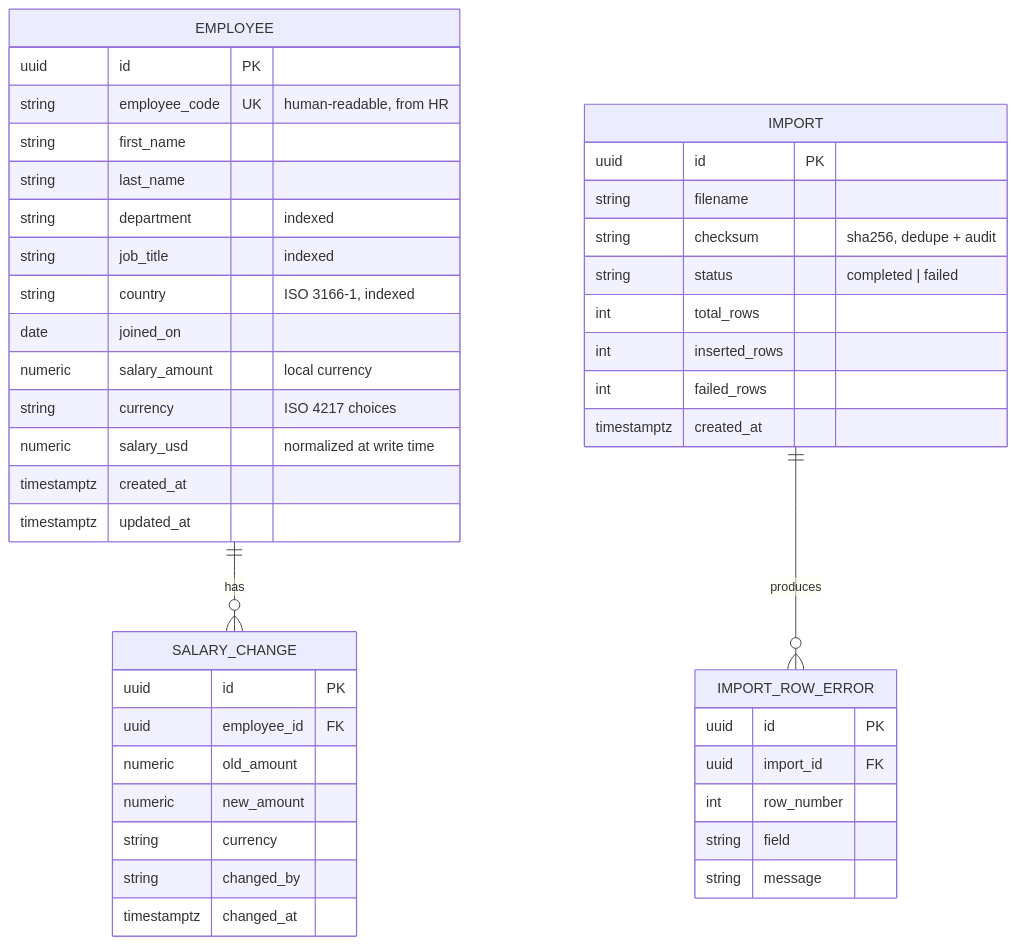
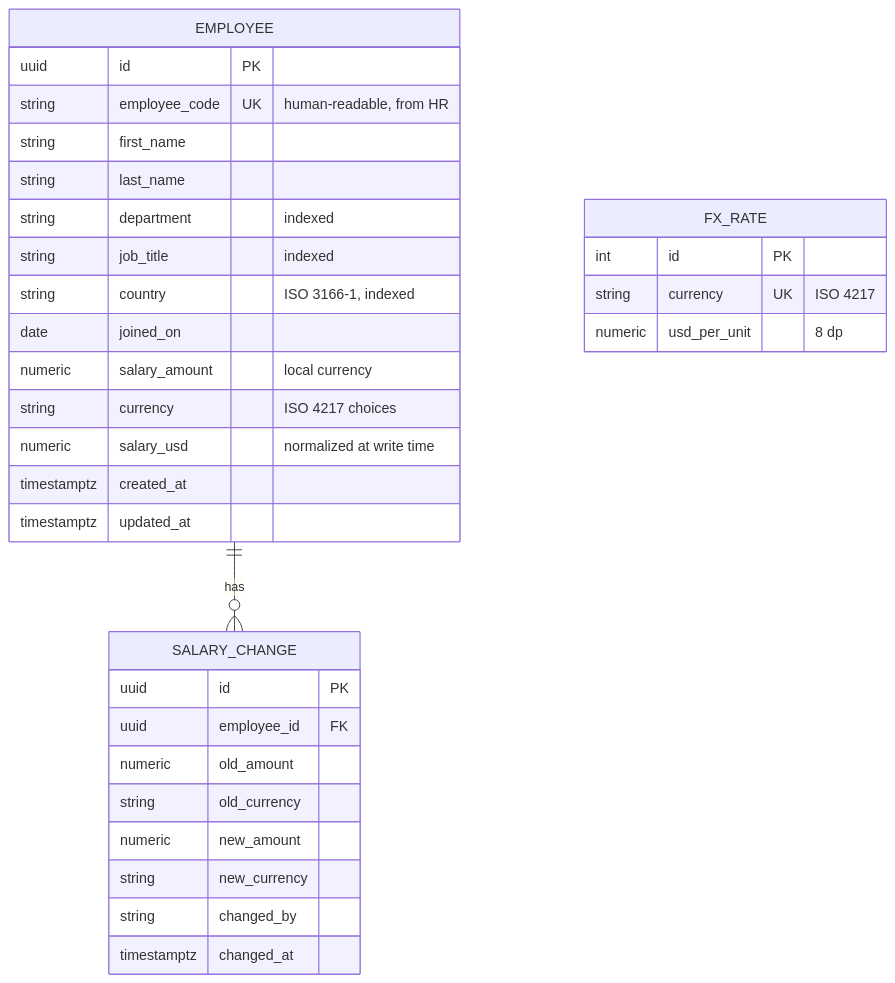
Before and after one commit to kunal-kejriwal/acme-salary: the second of 2 diagrams in docs/ARCHITECTURE.md, drawn with Mermaid. The commit also changed other lines of this file and 10 other files, not shown here.

````diff
--- a/docs/ARCHITECTURE.md
+++ b/docs/ARCHITECTURE.md
@@ -43,46 +44,34 @@
 ```mermaid
 erDiagram
     EMPLOYEE ||--o{ SALARY_CHANGE : has
-    IMPORT ||--o{ IMPORT_ROW_ERROR : produces
     EMPLOYEE {
         uuid id PK
         string employee_code UK "human-readable, from HR"
         string first_name
         string last_name
         string department "indexed"
         string job_title "indexed"
         string country "ISO 3166-1, indexed"
         date joined_on
         numeric salary_amount "local currency"
         string currency "ISO 4217 choices"
         numeric salary_usd "normalized at write time"
         timestamptz created_at
         timestamptz updated_at
     }
     SALARY_CHANGE {
         uuid id PK
         uuid employee_id FK
         numeric old_amount
+        string old_currency
         numeric new_amount
-        string currency
+        string new_currency
         string changed_by
         timestamptz changed_at
     }
-    IMPORT {
-        uuid id PK
-        string filename
-        string checksum "sha256, dedupe + audit"
-        string status "completed | failed"
-        int total_rows
-        int inserted_rows
-        int failed_rows
-        timestamptz created_at
-    }
-    IMPORT_ROW_ERROR {
-        uuid id PK
-        uuid import_id FK
-        int row_number
-        string field
-        string message
+    FX_RATE {
+        int id PK
+        string currency UK "ISO 4217"
+        numeric usd_per_unit "8 dp"
     }
 ```
````
